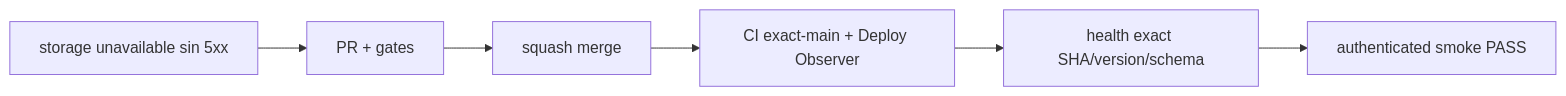
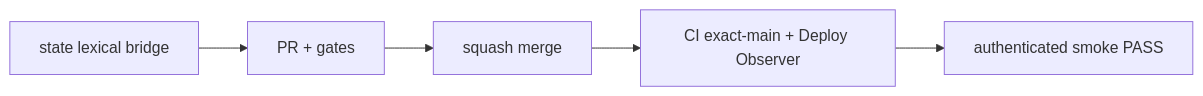
The diagram in README.md (pl0n3r/brvtal), drawn with Mermaid before and after one commit. The commit also changed other lines of this file and 8 other files, not shown here.

````diff
--- a/README.md
+++ b/README.md
@@ -44,8 +44,7 @@
 ```mermaid
 flowchart LR
-  F["storage unavailable sin 5xx"] --> G["PR + gates"]
+  F["state lexical bridge"] --> G["PR + gates"]
   G --> M["squash merge"]
   M --> E["CI exact-main + Deploy Observer"]
-  E --> H["health exact SHA/version/schema"]
-  H --> S["authenticated smoke PASS"]
+  E --> S["authenticated smoke PASS"]
 ```
````
